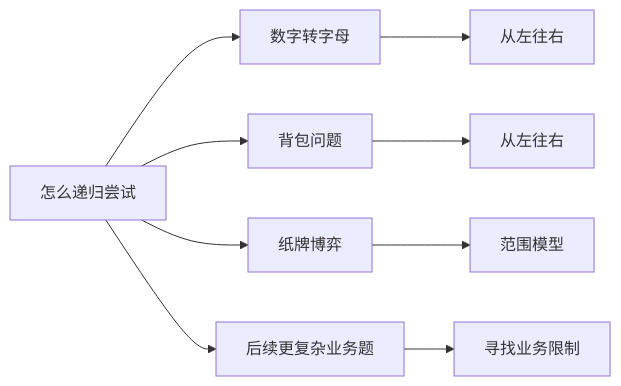
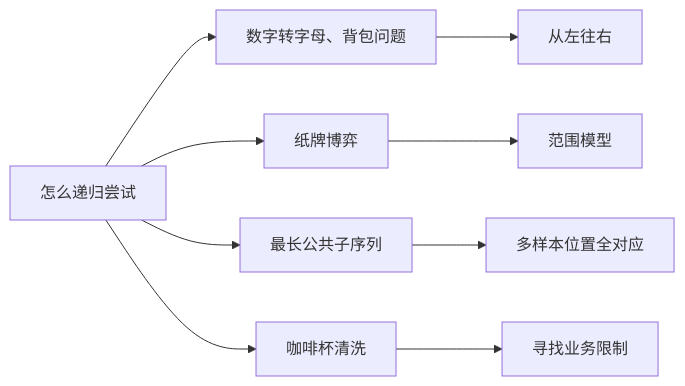
One commit to freeedoooooo/algs changed the third of 3 diagrams in my-notes/01-基础巩固/12-暴力递归到动态规划1-递归尝试/08-怎么递归尝试-4种尝试模型.md. Above: the diagram before and after it, drawn with Mermaid. The commit also changed other lines of this file and 7 other files, not shown here.

````diff
--- a/my-notes/01-基础巩固/12-暴力递归到动态规划1-递归尝试/08-怎么递归尝试-4种尝试模型.md
+++ b/my-notes/01-基础巩固/12-暴力递归到动态规划1-递归尝试/08-怎么递归尝试-4种尝试模型.md
@@ -151,12 +151,12 @@
 ```mermaid
 graph LR
-    A["怎么递归尝试"] --> B["数字转字母"]
-    A --> C["背包问题"]
+    A["怎么递归尝试"] --> B["数字转字母、背包问题"]
     A --> D["纸牌博弈"]
-    A --> E["后续更复杂业务题"]
+    A --> E["最长公共子序列"]
+    A --> F["咖啡杯清洗"]
 
     B --> B1["从左往右"]
-    C --> C1["从左往右"]
     D --> D1["范围模型"]
-    E --> E1["寻找业务限制"]
+    E --> E1["多样本位置全对应"]
+    F --> F1["寻找业务限制"]
 ```
````
